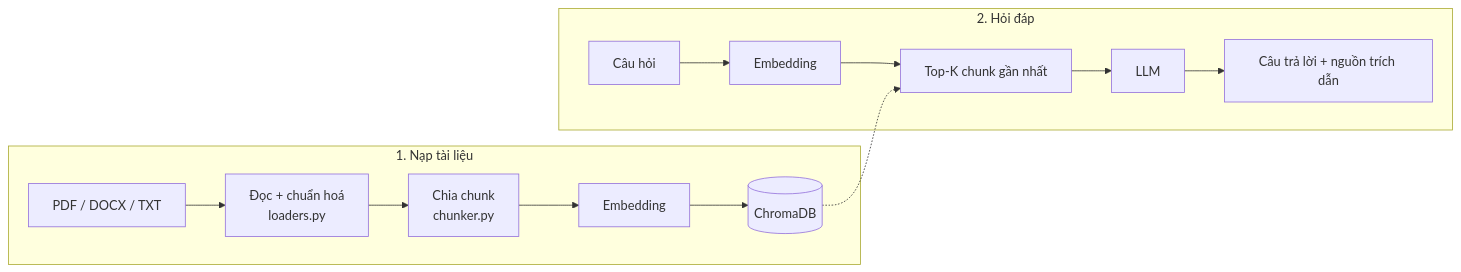
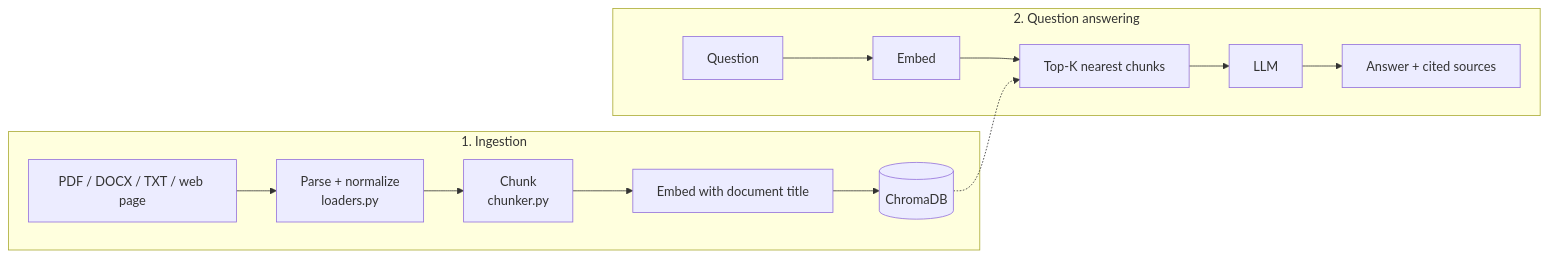
Before and after one commit to VuTien1311/document-qa-rag: the diagram in README.md, drawn with Mermaid. The commit also changed other lines of this file and 14 other files, not shown here.

````diff
--- a/README.md
+++ b/README.md
@@ -16,16 +20,16 @@
 ```mermaid
 flowchart LR
-    subgraph Ingest["1. Nạp tài liệu"]
-        A[PDF / DOCX / TXT] --> B[Đọc + chuẩn hoá<br/>loaders.py]
-        B --> C[Chia chunk<br/>chunker.py]
-        C --> D[Embedding]
+    subgraph Ingest["1. Ingestion"]
+        A[PDF / DOCX / TXT / web page] --> B[Parse + normalize<br/>loaders.py]
+        B --> C[Chunk<br/>chunker.py]
+        C --> D[Embed with document title]
         D --> E[(ChromaDB)]
     end
-    subgraph QA["2. Hỏi đáp"]
-        Q[Câu hỏi] --> QE[Embedding]
-        QE --> R[Top-K chunk gần nhất]
+    subgraph QA["2. Question answering"]
+        Q[Question] --> QE[Embed]
+        QE --> R[Top-K nearest chunks]
         R --> L[LLM]
-        L --> ANS[Câu trả lời + nguồn trích dẫn]
+        L --> ANS[Answer + cited sources]
     end
     E -.-> R
 ```
````
